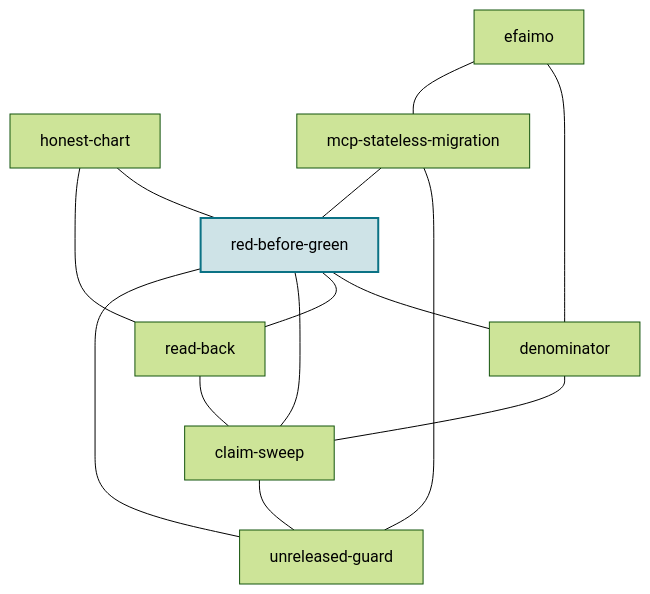
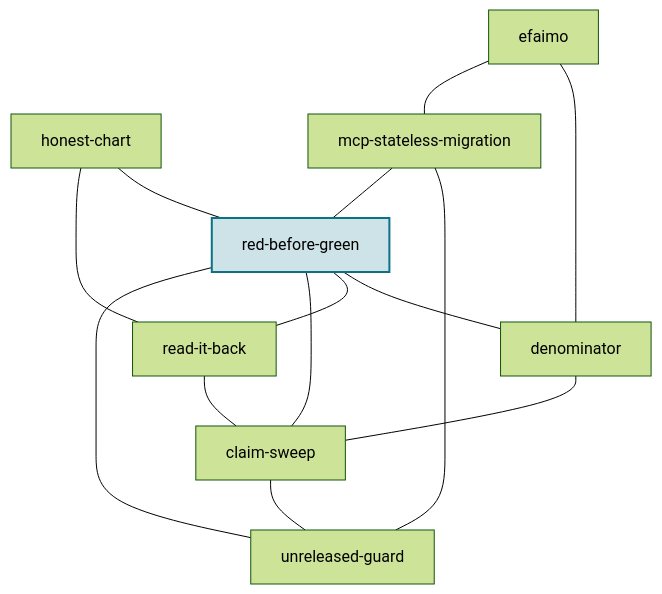
One commit to efaimo-ai/red-before-green changed the third of 3 diagrams in README.md. Above: the diagram before and after it, drawn with Mermaid (forest theme). The commit also changed other lines of this file and 1 other file, not shown here.

Commit message:
The set names read-it-back, the new name of read-back
Regenerated from skill-pkg/relations.mjs: the siblings block and the set
table follow the rename, and links keep the repository's current address.

````diff
--- a/README.md
+++ b/README.md
@@ -188,26 +188,26 @@
 ```mermaid
 graph TD
     red_before_green["red-before-green"]
     denominator["denominator"]
-    read_back["read-back"]
+    read_it_back["read-it-back"]
     claim_sweep["claim-sweep"]
     unreleased_guard["unreleased-guard"]
     honest_chart["honest-chart"]
     mcp_stateless_migration["mcp-stateless-migration"]
     efaimo["efaimo"]
     red_before_green --- denominator
-    red_before_green --- read_back
+    red_before_green --- read_it_back
     denominator --- claim_sweep
-    read_back --- claim_sweep
+    read_it_back --- claim_sweep
     claim_sweep --- red_before_green
     claim_sweep --- unreleased_guard
     unreleased_guard --- red_before_green
     honest_chart --- red_before_green
-    honest_chart --- read_back
+    honest_chart --- read_it_back
     mcp_stateless_migration --- unreleased_guard
     mcp_stateless_migration --- red_before_green
     efaimo --- denominator
     efaimo --- mcp_stateless_migration
     classDef self fill:#0b728533,stroke:#0b7285,stroke-width:2px;
     class red_before_green self;
 ```
````
